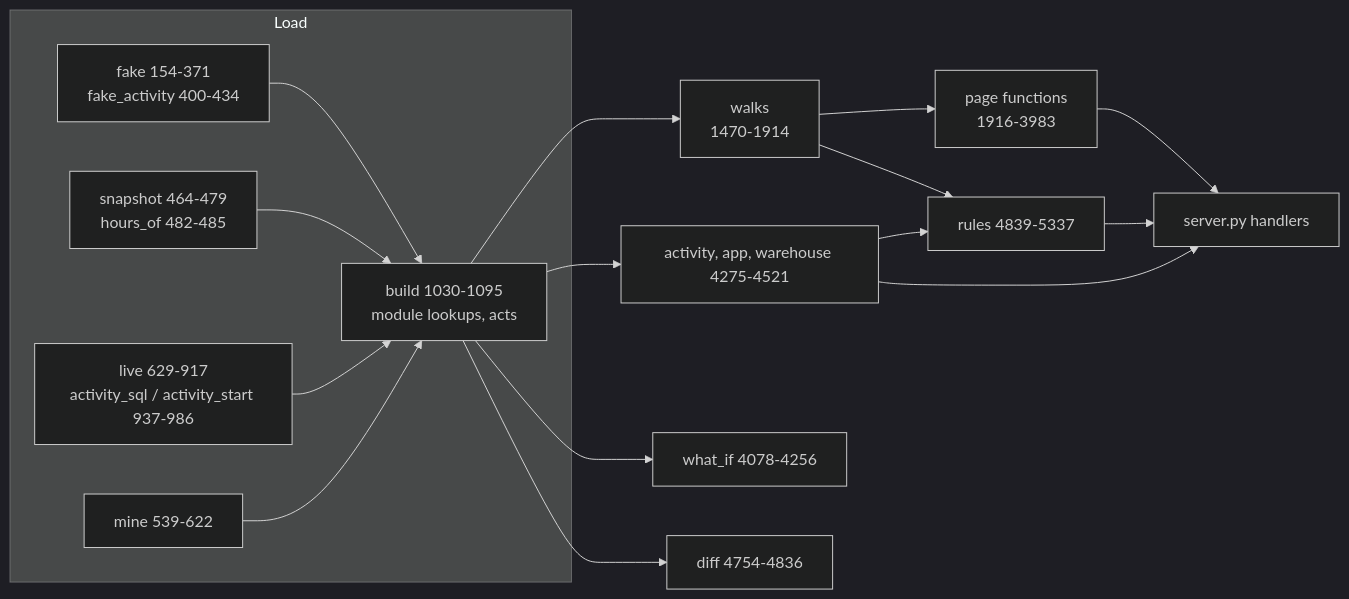
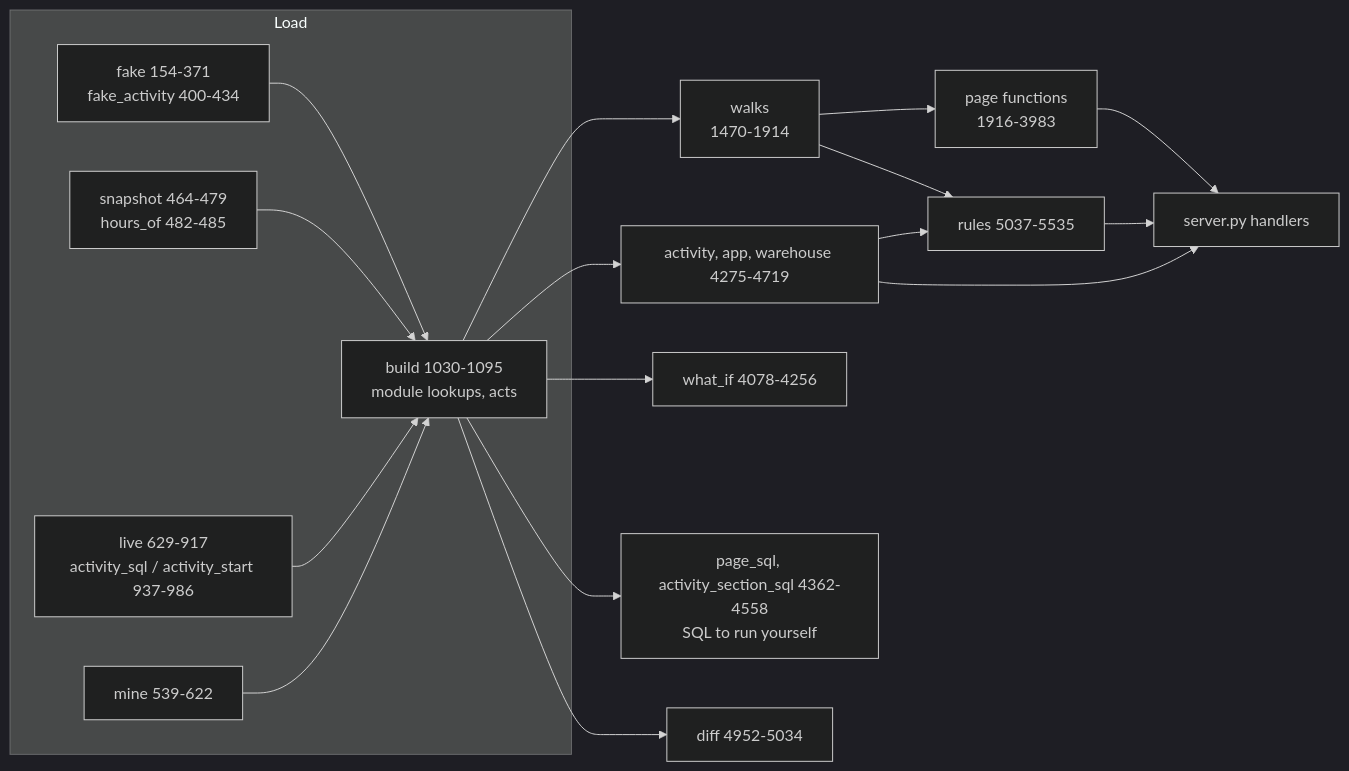
The first of 2 diagrams in snowflake-access-explorer-knowledge-graph/modules/access.md (darshanmeel/snowflake-access-explorer), drawn with Mermaid (dark theme) before and after one commit. The commit also changed other lines of this file and 62 other files, not shown here.

First line of the commit message:
Docs and knowledge graph for the SQL panel; section SQL leaves the app's own queries out like the tab

````diff
--- a/snowflake-access-explorer-knowledge-graph/modules/access.md
+++ b/snowflake-access-explorer-knowledge-graph/modules/access.md
@@ -6,19 +6,20 @@
 ```mermaid
 flowchart LR
   subgraph Load
     F[fake 154-371<br/>fake_activity 400-434] --> B
     SN[snapshot 464-479<br/>hours_of 482-485] --> B
     LV[live 629-917<br/>activity_sql / activity_start 937-986] --> B
     MI[mine 539-622] --> B
   end
   B[build 1030-1095<br/>module lookups, acts] --> W[walks<br/>1470-1914]
   W --> P[page functions<br/>1916-3983]
-  W --> R[rules 4839-5337]
-  B --> AC[activity, app, warehouse 4275-4521]
+  W --> R[rules 5037-5535]
+  B --> AC[activity, app, warehouse 4275-4719]
   AC --> R
   B --> WI[what_if 4078-4256]
-  B --> DF[diff 4754-4836]
+  B --> PS[page_sql, activity_section_sql 4362-4558<br/>SQL to run yourself]
+  B --> DF[diff 4952-5034]
   P --> S[server.py handlers]
   AC --> S
   R --> S
 ```
````
